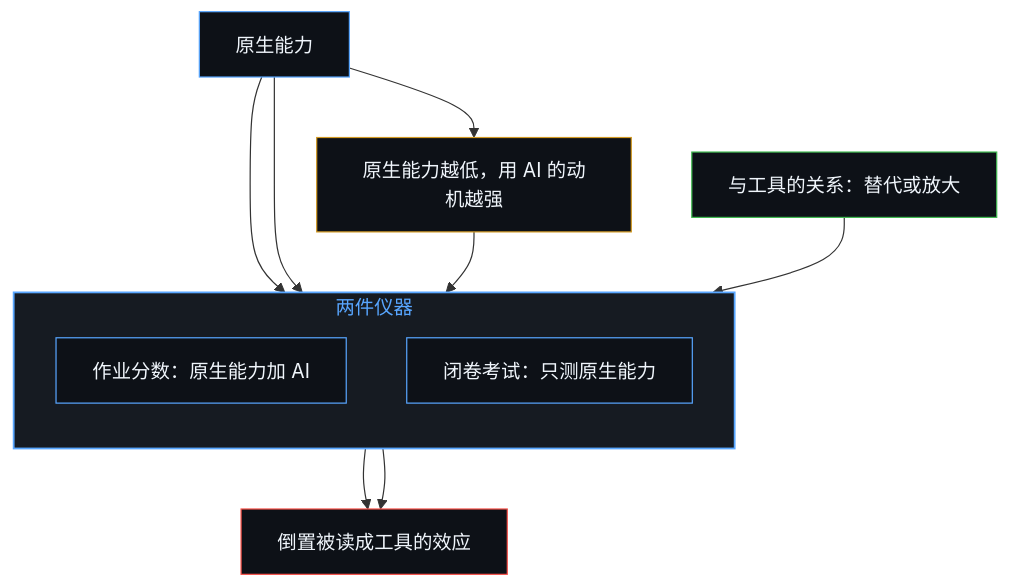
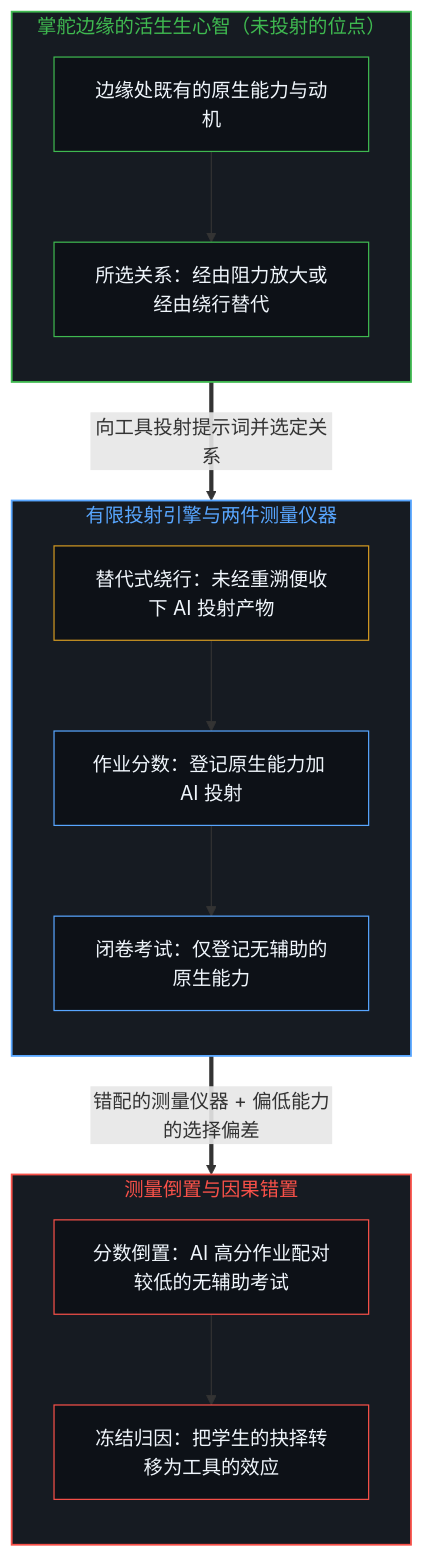
One commit to powerpig99/not-a-toe changed the first of 2 diagrams in content/posts/the-homework-exam-inversion-registers-substitution.md. Above: the diagram before and after it, drawn with Mermaid. The commit also changed other lines of this file and 2 other files, not shown here.

````diff
--- a/content/posts/the-homework-exam-inversion-registers-substitution.md
+++ b/content/posts/the-homework-exam-inversion-registers-substitution.md
@@ -93,25 +85,38 @@
 ```mermaid
 flowchart TD
-    R["原生能力"]
-    C["与工具的关系：替代或放大"]
-    L["原生能力越低，用 AI 的动机越强"]
-    subgraph S_Meas["两件仪器"]
+    subgraph S_Edge["掌舵边缘的活生生心智（未投射的位点）"]
         direction TB
-        H["作业分数：原生能力加 AI"]
-        E["闭卷考试：只测原生能力"]
+        E_Raw["边缘处既有的原生能力与动机"]
+        E_Rel["所选关系：经由阻力放大或经由绕行替代"]
+        E_Raw --> E_Rel
     end
-    G["倒置被读成工具的效应"]
-    R --> H
-    R --> E
-    R --> L --> H
-    C --> H
-    H --> G
-    E --> G
-    style S_Meas fill:#161b22,stroke:#58a6ff,stroke-width:1.5px,color:#58a6ff
-    style R fill:#0d1117,stroke:#58a6ff,stroke-width:1px,color:#f0f6fc
-    style C fill:#0d1117,stroke:#3fb950,stroke-width:1px,color:#f0f6fc
-    style L fill:#0d1117,stroke:#d29922,stroke-width:1px,color:#f0f6fc
-    style H fill:#0d1117,stroke:#58a6ff,stroke-width:1px,color:#f0f6fc
-    style E fill:#0d1117,stroke:#58a6ff,stroke-width:1px,color:#f0f6fc
-    style G fill:#0d1117,stroke:#f85149,stroke-width:1px,color:#f0f6fc
+
+    subgraph S_Proj["有限投射引擎与两件测量仪器"]
+        direction TB
+        P_Sub["替代式绕行：未经重溯便收下 AI 投射产物"]
+        P_Hw["作业分数：登记原生能力加 AI 投射"]
+        P_Ex["闭卷考试：仅登记无辅助的原生能力"]
+        P_Sub --> P_Hw --> P_Ex
+    end
+
+    subgraph S_Inv["测量倒置与因果错置"]
+        direction TB
+        I_Gap["分数倒置：AI 高分作业配对较低的无辅助考试"]
+        I_Freeze["冻结归因：把学生的抉择转移为工具的效应"]
+        I_Gap --> I_Freeze
+    end
+
+    E_Rel ==>|"向工具投射提示词并选定关系"| P_Sub
+    P_Ex ==>|"错配的测量仪器 + 偏低能力的选择偏差"| I_Gap
+
+    style S_Edge fill:#161b22,stroke:#3fb950,stroke-width:1.5px,color:#3fb950
+    style S_Proj fill:#161b22,stroke:#58a6ff,stroke-width:1.5px,color:#58a6ff
+    style S_Inv fill:#161b22,stroke:#f85149,stroke-width:1.5px,color:#f85149
+    style E_Raw fill:#0d1117,stroke:#3fb950,stroke-width:1px,color:#f0f6fc
+    style E_Rel fill:#0d1117,stroke:#3fb950,stroke-width:1px,color:#f0f6fc
+    style P_Sub fill:#0d1117,stroke:#d29922,stroke-width:1px,color:#f0f6fc
+    style P_Hw fill:#0d1117,stroke:#58a6ff,stroke-width:1px,color:#f0f6fc
+    style P_Ex fill:#0d1117,stroke:#58a6ff,stroke-width:1px,color:#f0f6fc
+    style I_Gap fill:#0d1117,stroke:#f85149,stroke-width:1px,color:#f0f6fc
+    style I_Freeze fill:#0d1117,stroke:#f85149,stroke-width:1px,color:#f0f6fc
 ```
````
